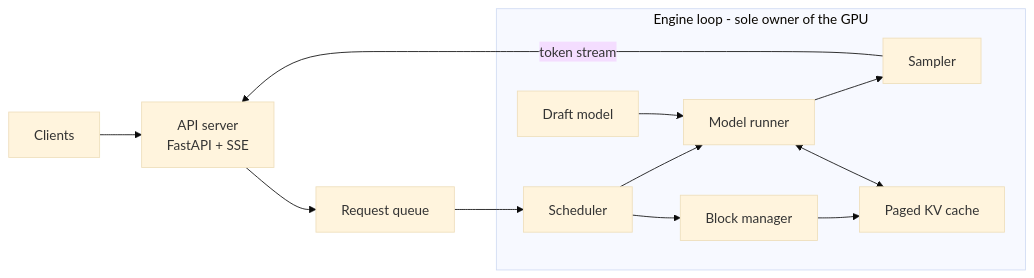
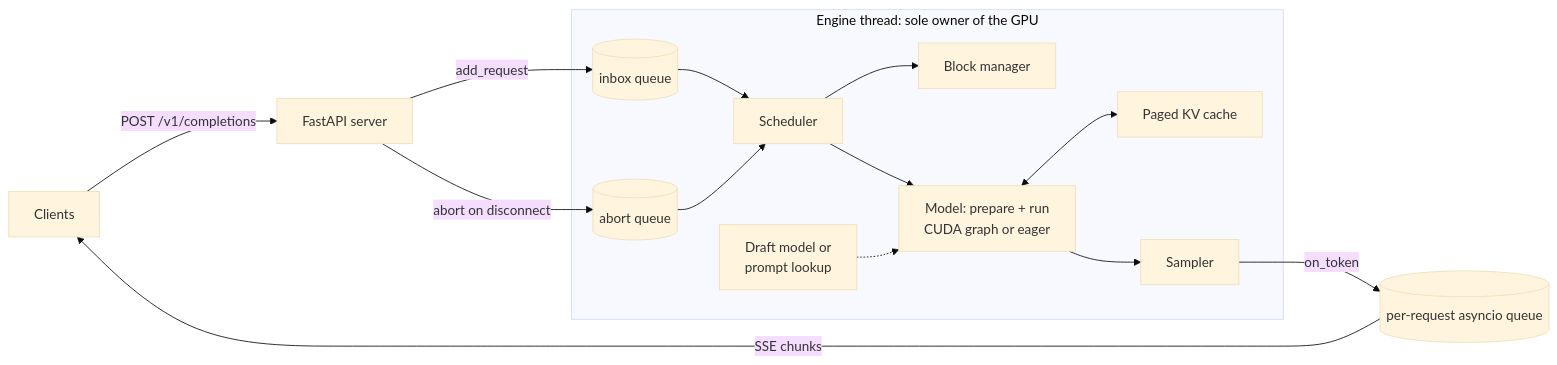
Before and after one commit to Justin67o/inference-engine: the diagram in README.md, drawn with Mermaid (base theme). The commit also changed other lines of this file, not shown here.

````diff
--- a/README.md
+++ b/README.md
@@ -37,15 +40,17 @@
 ```mermaid
 flowchart LR
-    C[Clients] --> A[API server<br/>FastAPI + SSE]
-    A --> Q[Request queue]
-    Q --> S[Scheduler]
-    subgraph Engine loop - sole owner of the GPU
-        S --> M[Model runner]
+    C[Clients] -->|POST /v1/completions| A[FastAPI server]
+    A -->|add_request| I[(inbox queue)]
+    A -->|abort on disconnect| X[(abort queue)]
+    subgraph T[Engine thread: sole owner of the GPU]
+        I --> S[Scheduler]
+        X --> S
+        S --> B[Block manager]
+        S --> M[Model: prepare + run<br/>CUDA graph or eager]
+        M <--> K[Paged KV cache]
         M --> P[Sampler]
-        S --> B[Block manager]
-        B --> K[Paged KV cache]
-        M <--> K
-        D[Draft model] --> M
+        D[Draft model or<br/>prompt lookup] -.-> M
     end
-    P -- token stream --> A
+    P -->|on_token| E[(per-request asyncio queue)]
+    E -->|SSE chunks| C
 ```
````
